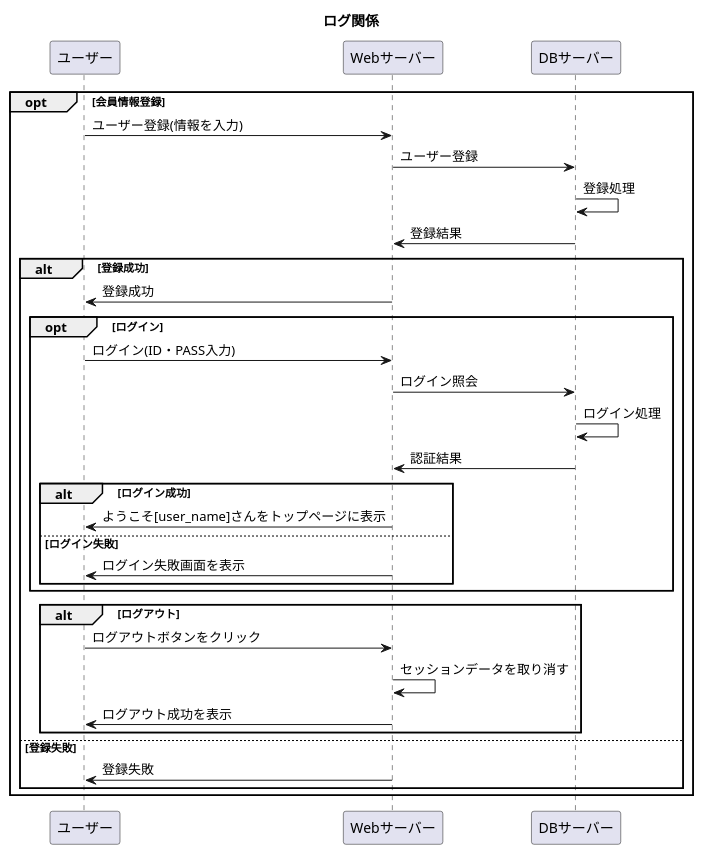
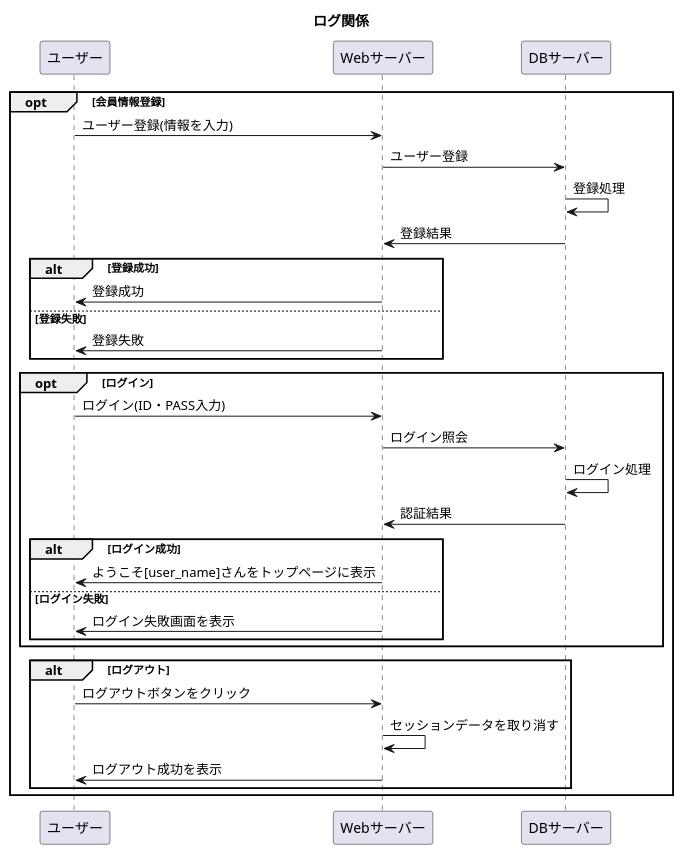
The diagram in 設計書/02_業務フロー/Log-flow.md (Aso2001227/Aso-Sports-1), drawn with PlantUML before and after one commit.

````diff
--- a/設計書/02_業務フロー/Log-flow.md
+++ b/設計書/02_業務フロー/Log-flow.md
@@ -1,32 +1,32 @@
 ```uml
 @startuml
 title: ログ関係
 opt 会員情報登録
   ユーザー -> Webサーバー : ユーザー登録(情報を入力)
   Webサーバー -> DBサーバー : ユーザー登録
   DBサーバー -> DBサーバー : 登録処理
   DBサーバー -> Webサーバー : 登録結果
   alt 登録成功
     Webサーバー -> ユーザー : 登録成功
-    opt ログイン
+    else 登録失敗
+    Webサーバー -> ユーザー : 登録失敗
+  end
+  opt ログイン
       ユーザー -> Webサーバー : ログイン(ID・PASS入力)
       Webサーバー -> DBサーバー : ログイン照会
       DBサーバー -> DBサーバー : ログイン処理
       DBサーバー -> Webサーバー : 認証結果
       alt ログイン成功
         Webサーバー -> ユーザー : ようこそ[user_name]さんをトップページに表示
        else ログイン失敗
         Webサーバー -> ユーザー : ログイン失敗画面を表示
       end
       end
     alt ログアウト
       ユーザー ->Webサーバー :ログアウトボタンをクリック
       Webサーバー -> Webサーバー :セッションデータを取り消す
       Webサーバー -> ユーザー :ログアウト成功を表示
      end
-    else 登録失敗
-    Webサーバー -> ユーザー : 登録失敗
-  end
  end
 @enduml
 ```
````
